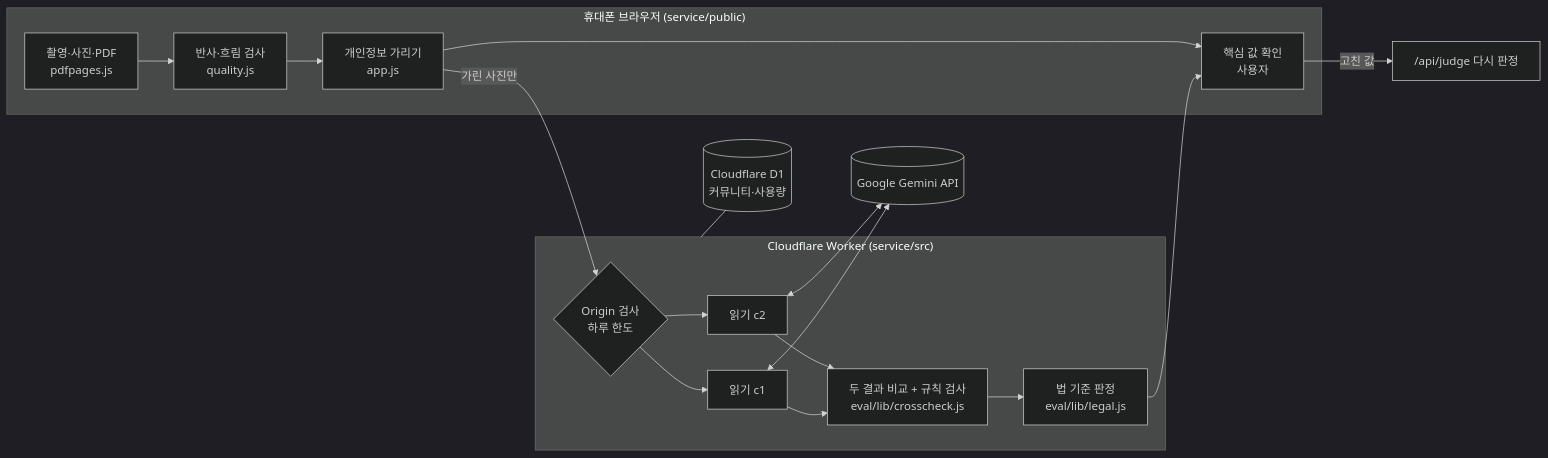
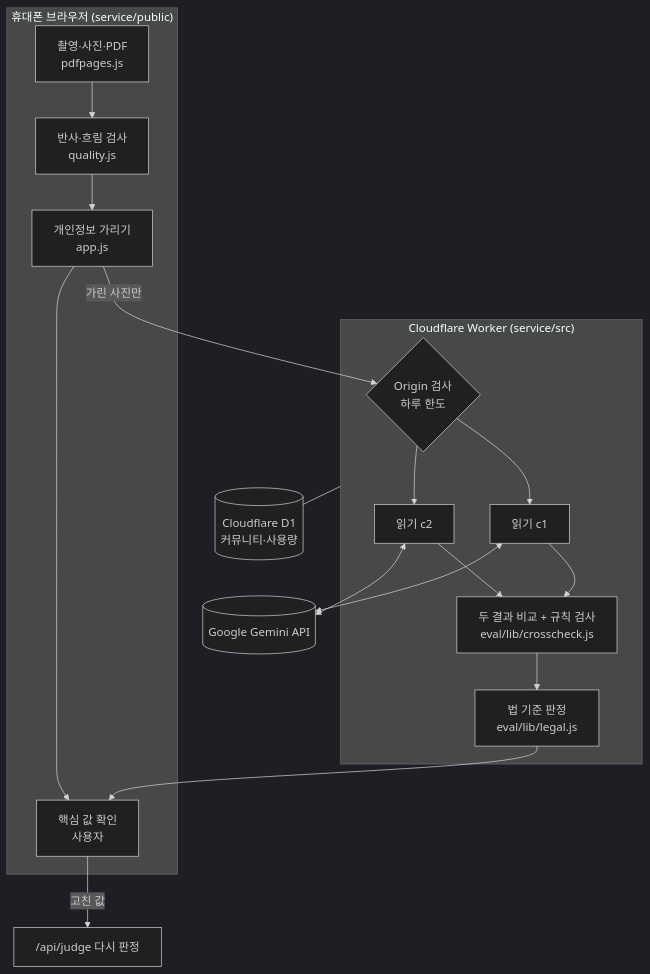
Before and after one commit to zipry123-debug/contract-check: the diagram in README.md, drawn with Mermaid (dark theme).

Commit message:
README: 구조 그림을 세로 방향으로

````diff
--- a/README.md
+++ b/README.md
@@ -23,24 +23,24 @@
 ```mermaid
-flowchart LR
+flowchart TB
   subgraph Phone["휴대폰 브라우저 (service/public)"]
     A["촬영·사진·PDF<br/>pdfpages.js"] --> B["반사·흐림 검사<br/>quality.js"]
     B --> C["개인정보 가리기<br/>app.js"]
     C --> V["핵심 값 확인<br/>사용자"]
   end
   subgraph Worker["Cloudflare Worker (service/src)"]
     O{"Origin 검사<br/>하루 한도"}
     O --> R1["읽기 c2"]
     O --> R2["읽기 c1"]
     R1 --> X["두 결과 비교 + 규칙 검사<br/>eval/lib/crosscheck.js"]
     R2 --> X
     X --> J["법 기준 판정<br/>eval/lib/legal.js"]
   end
   G[("Google Gemini API")]
   D[("Cloudflare D1<br/>커뮤니티·사용량")]
   C -- "가린 사진만" --> O
   R1 <--> G
   R2 <--> G
   J --> V
   V -- "고친 값" --> J2["/api/judge 다시 판정"]
   Worker --- D
 ```
````
